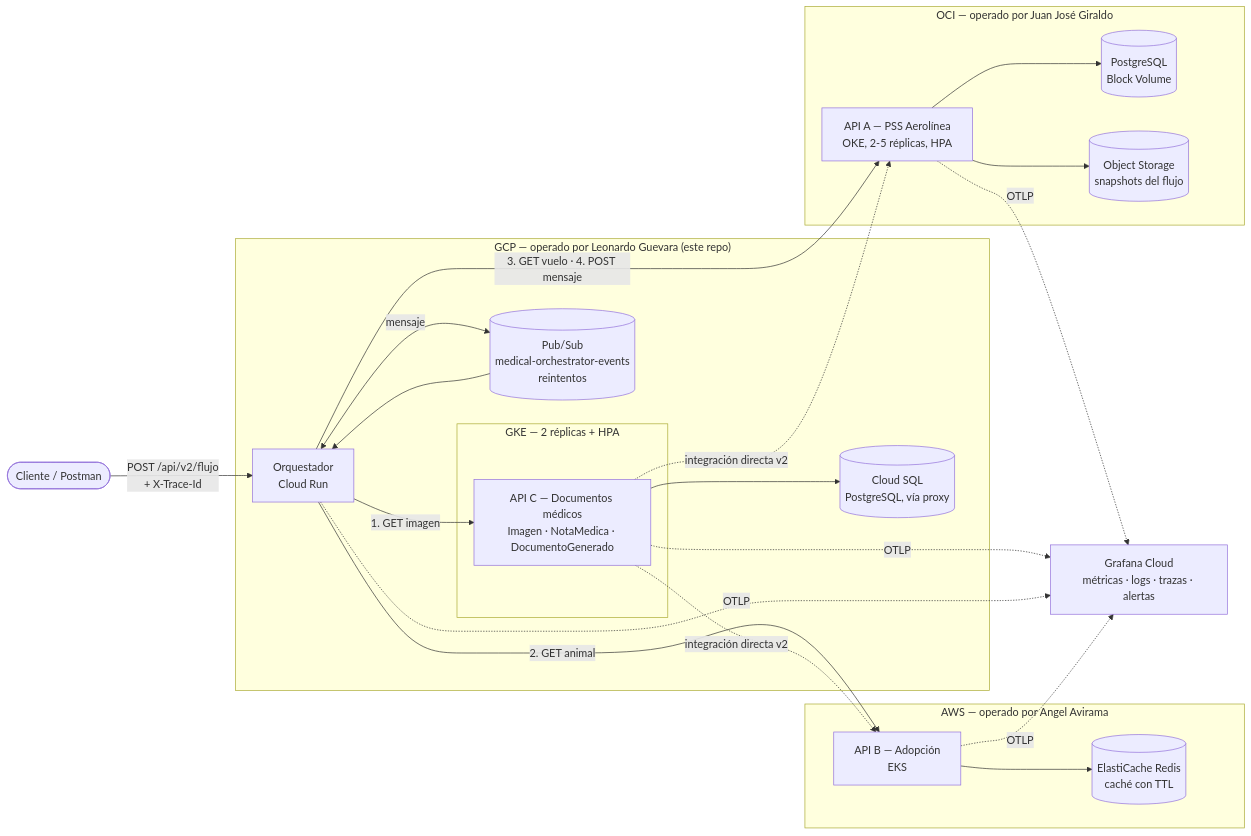
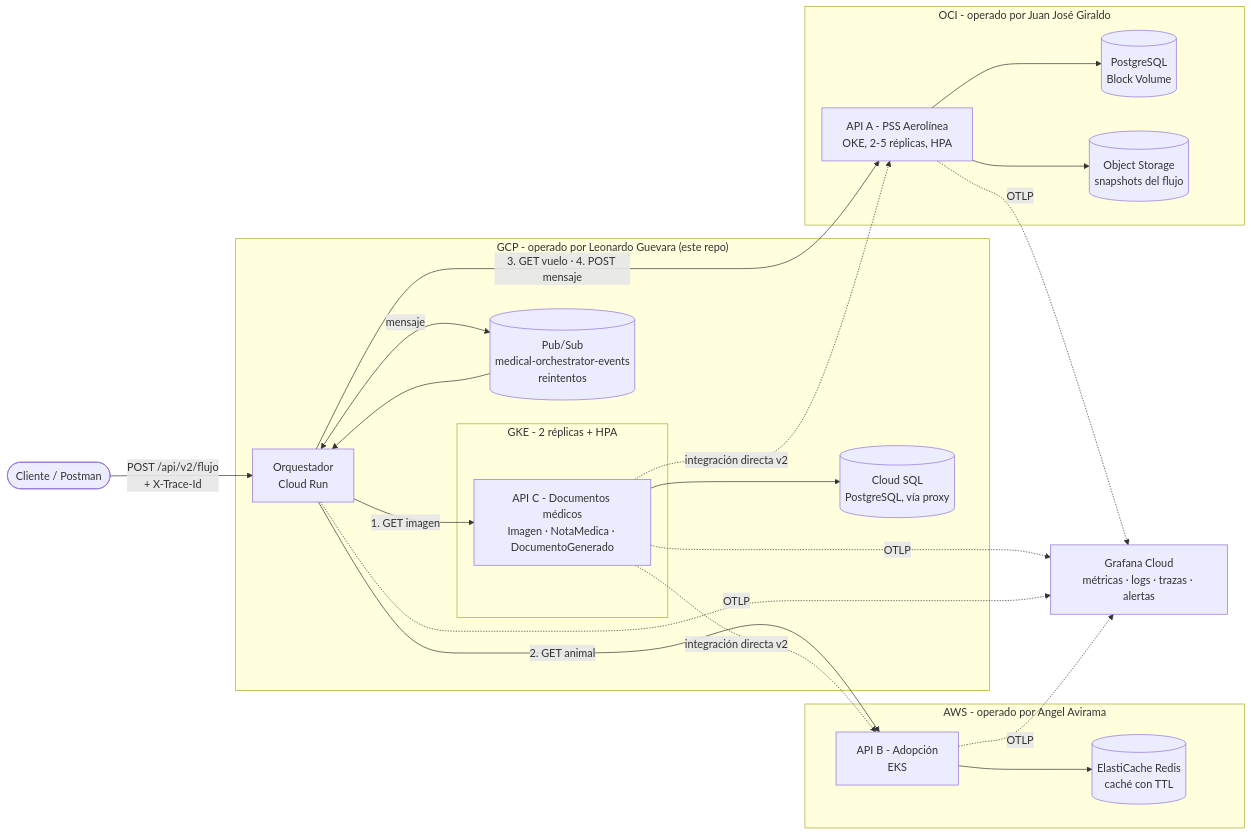
Before and after one commit to LeonardoG2005/MedicalDevops: the diagram in README.md, drawn with Mermaid. The commit also changed other lines of this file and 1 other file, not shown here.

````diff
--- a/README.md
+++ b/README.md
@@ -25,43 +25,43 @@
 ```mermaid
 flowchart LR
   Cliente([Cliente / Postman]) -->|"POST /api/v2/flujo<br/>+ X-Trace-Id"| Orq
 
-  subgraph GCP["GCP — operado por Leonardo Guevara (este repo)"]
+  subgraph GCP["GCP - operado por Leonardo Guevara (este repo)"]
     Orq[Orquestador<br/>Cloud Run]
     PubSub[("Pub/Sub<br/>medical-orchestrator-events<br/>reintentos")]
-    subgraph GKE["GKE — 2 réplicas + HPA"]
-      ApiC[API C — Documentos médicos<br/>Imagen · NotaMedica · DocumentoGenerado]
+    subgraph GKE["GKE - 2 réplicas + HPA"]
+      ApiC[API C - Documentos médicos<br/>Imagen · NotaMedica · DocumentoGenerado]
     end
     SQL[(Cloud SQL<br/>PostgreSQL, vía proxy)]
   end
 
-  subgraph AWS["AWS — operado por Angel Avirama"]
-    ApiB[API B — Adopción<br/>EKS]
+  subgraph AWS["AWS - operado por Angel Avirama"]
+    ApiB[API B - Adopción<br/>EKS]
     Redis[(ElastiCache Redis<br/>caché con TTL)]
   end
 
-  subgraph OCI["OCI — operado por Juan José Giraldo"]
-    ApiA[API A — PSS Aerolínea<br/>OKE, 2-5 réplicas, HPA]
+  subgraph OCI["OCI - operado por Juan José Giraldo"]
+    ApiA[API A - PSS Aerolínea<br/>OKE, 2-5 réplicas, HPA]
     PG[(PostgreSQL<br/>Block Volume)]
     Bucket[(Object Storage<br/>snapshots del flujo)]
   end
 
   Grafana[Grafana Cloud<br/>métricas · logs · trazas · alertas]
 
   Orq <-->|mensaje| PubSub --> Orq
   Orq -->|"1. GET imagen"| ApiC
   Orq -->|"2. GET animal"| ApiB
   Orq -->|"3. GET vuelo · 4. POST mensaje"| ApiA
   ApiC --> SQL
   ApiA --> PG
   ApiA --> Bucket
   ApiB --> Redis
 
   ApiC -.->|integración directa v2| ApiA
   ApiC -.->|integración directa v2| ApiB
 
   ApiA -. OTLP .-> Grafana
   ApiB -. OTLP .-> Grafana
   ApiC -. OTLP .-> Grafana
   Orq -. OTLP .-> Grafana
 ```
````
